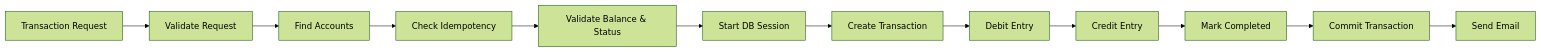
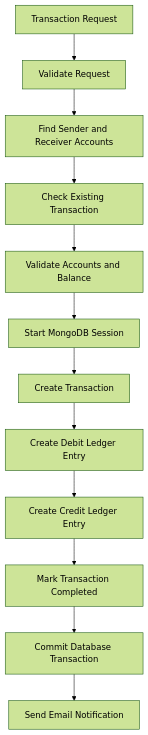
The second of 3 diagrams in README.md (mayank03s/Backend-Ledger), drawn with Mermaid (forest theme) before and after one commit. The commit also changed other lines of this file, not shown here.

Commit message:
Improve workflow diagrams

````diff
--- a/README.md
+++ b/README.md
@@ -62,16 +62,14 @@
 ```mermaid
-
-flowchart LR
+flowchart TD
     A["Transaction Request"] --> B["Validate Request"]
-    B --> C["Find Accounts"]
-    C --> D["Check Idempotency"]
-    D --> E["Validate Balance & Status"]
-    E --> F["Start DB Session"]
+    B --> C["Find Sender and Receiver Accounts"]
+    C --> D["Check Existing Transaction"]
+    D --> E["Validate Accounts and Balance"]
+    E --> F["Start MongoDB Session"]
     F --> G["Create Transaction"]
-    G --> H["Debit Entry"]
-    H --> I["Credit Entry"]
-    I --> J["Mark Completed"]
-    J --> K["Commit Transaction"]
-    K --> L["Send Email"]
-
+    G --> H["Create Debit Ledger Entry"]
+    H --> I["Create Credit Ledger Entry"]
+    I --> J["Mark Transaction Completed"]
+    J --> K["Commit Database Transaction"]
+    K --> L["Send Email Notification"]
 ```
````
